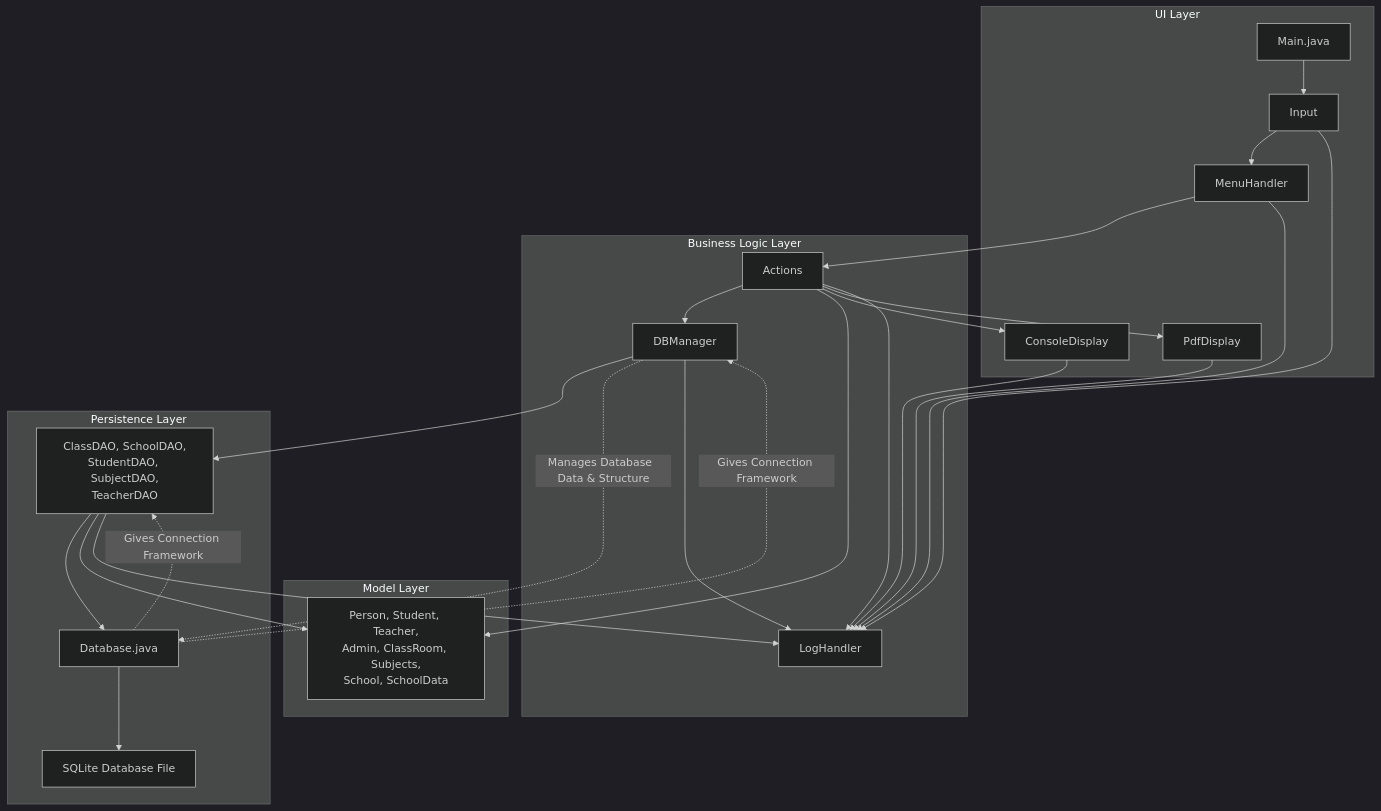
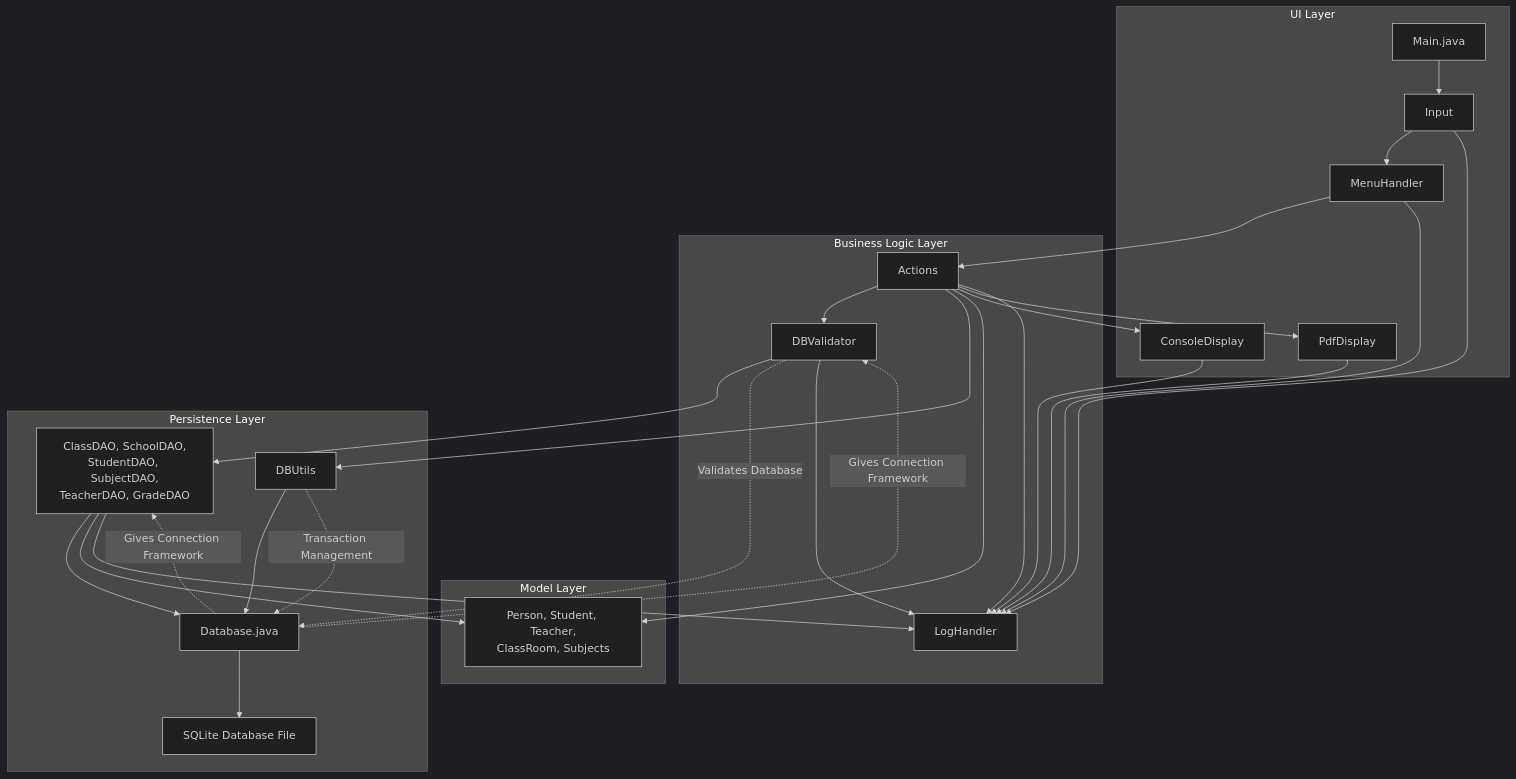
The diagram in README.md (ch-arslanahmad/school_management_system_java), drawn with Mermaid (dark theme) before and after one commit. The commit also changed other lines of this file, not shown here.

````diff
--- a/README.md
+++ b/README.md
@@ -223,57 +247,61 @@
 ```mermaid
 flowchart TD
     subgraph UI[UI Layer]
         A[Main.java]
         B[MenuHandler]
         C[ConsoleDisplay]
         D[PdfDisplay]
         I[Input]
     end
 
     subgraph Model[Model Layer]
-        M[Person, Student, Teacher,\nAdmin, ClassRoom, Subjects,\nSchool, SchoolData]
+        M[Person, Student, Teacher,\nClassRoom, Subjects]
     end
 
     subgraph Business[Business Logic Layer]
         E[Actions]
         F[LogHandler]
-        K[DBManager]
+        K[DBValidator]
     end
 
     subgraph Persistence[Persistence Layer]
-        G[ClassDAO, SchoolDAO,\nStudentDAO, SubjectDAO,\nTeacherDAO]
-        H[Database.java]
-        J[SQLite Database File]
+        G[ClassDAO, SchoolDAO,\nStudentDAO, SubjectDAO,\nTeacherDAO, GradeDAO]
+        J[Database.java]
+        L[DBUtils]
+        H[SQLite Database File]
     end
 
     %% Input Flow - All Input goes through Main
     A --> I
     
     %% Application Flow
     I --> B --> E
     E --> K
     K --> G
-    G --> H --> J
+    G --> J --> H
+    E --> L
+    L --> J
     
     %% Data Model Flow
     G --> M
     E --> M
     
     %% Display Output
     E --> C
     E --> D
     
     %% Database Core Relationships
-    H -.->|Gives Connection Framework| G
-    H -.->|Gives Connection Framework| K
-    K -.->|Manages Database  Data & Structure| H
+    J -.->|Gives Connection Framework| G
+    J -.->|Gives Connection Framework| K
+    K -.->|Validates Database| J
+    L -.->|Transaction Management| J
     
     %% Logging (F)
     B --> F
     E --> F
     G --> F
     C --> F
     D --> F
     K --> F
     I --> F
 ```
````
